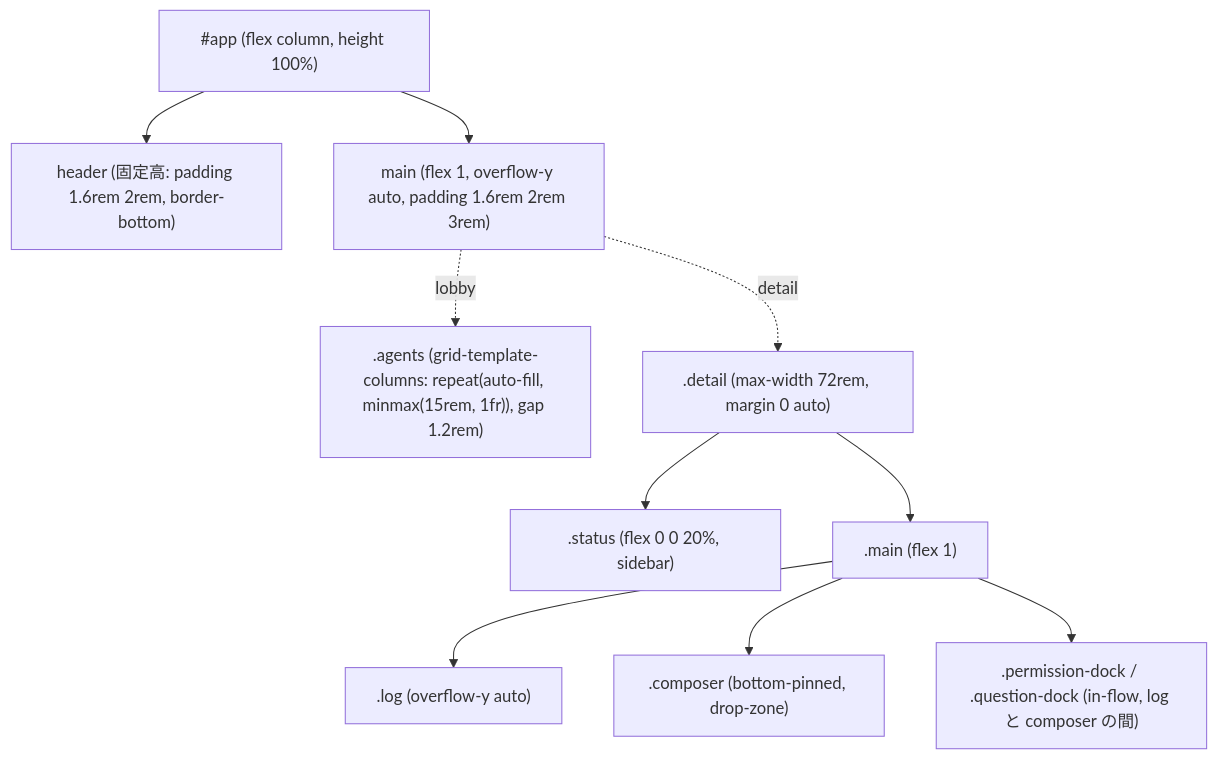
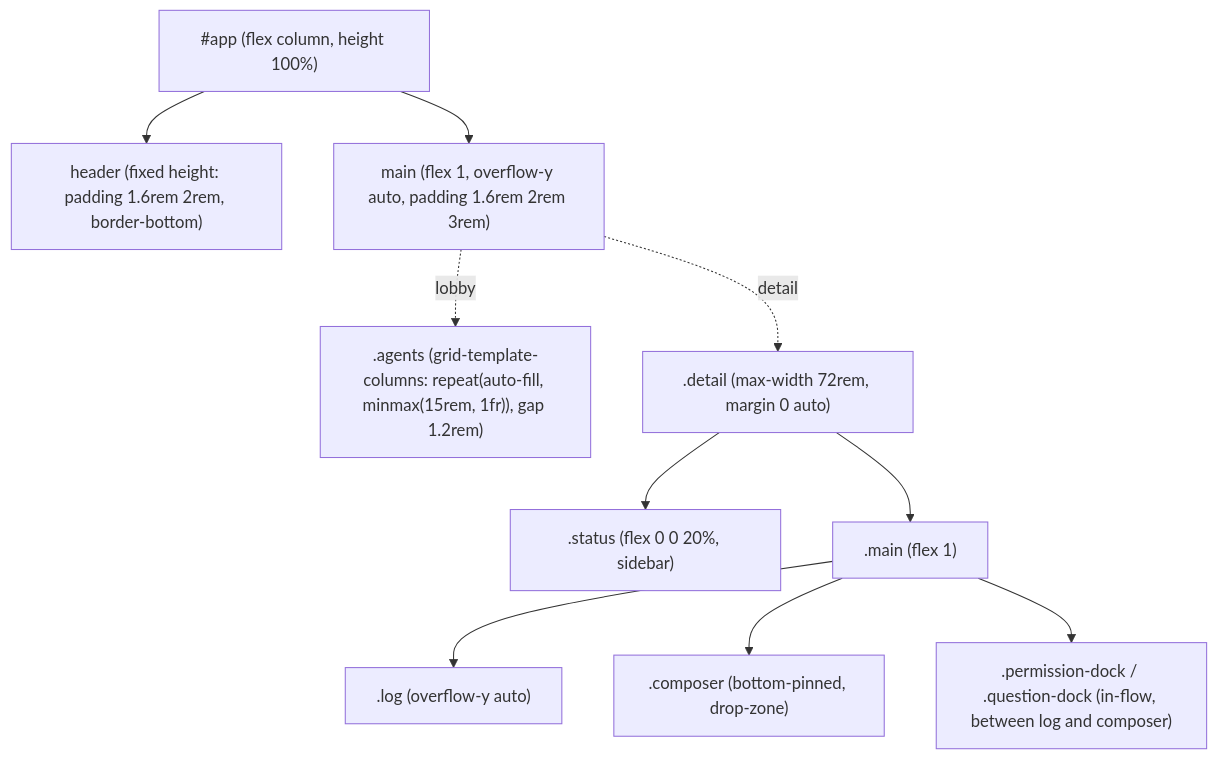
Before and after one commit to sakuraiyuta/kaoiro: the diagram in docs/specs/design.md, drawn with Mermaid. The commit also changed 3 other files, not shown here.

````diff
--- a/docs/specs/design.md
+++ b/docs/specs/design.md
@@ -269,23 +269,23 @@
 ```mermaid
 flowchart TB
   root["#app (flex column, height 100%)"]
-  header["header (固定高: padding 1.6rem 2rem, border-bottom)"]
+  header["header (fixed height: padding 1.6rem 2rem, border-bottom)"]
   main["main (flex 1, overflow-y auto, padding 1.6rem 2rem 3rem)"]
   grid[".agents (grid-template-columns: repeat(auto-fill, minmax(15rem, 1fr)), gap 1.2rem)"]
   detail[".detail (max-width 72rem, margin 0 auto)"]
   status[".status (flex 0 0 20%, sidebar)"]
   body[".main (flex 1)"]
   log[".log (overflow-y auto)"]
   composer[".composer (bottom-pinned, drop-zone)"]
-  dock[".permission-dock / .question-dock (in-flow, log と composer の間)"]
+  dock[".permission-dock / .question-dock (in-flow, between log and composer)"]
 
   root --> header
   root --> main
   main -. lobby .-> grid
   main -. detail .-> detail
   detail --> status
   detail --> body
   body --> log
   body --> composer
   body --> dock
 ```
````
